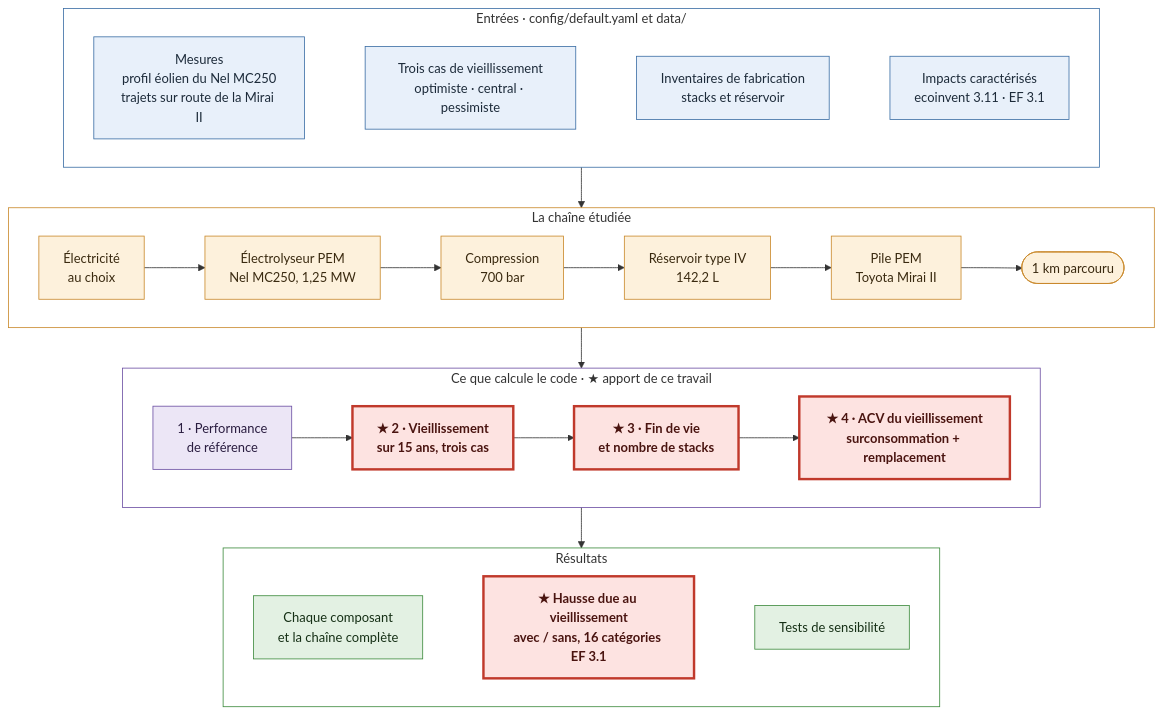
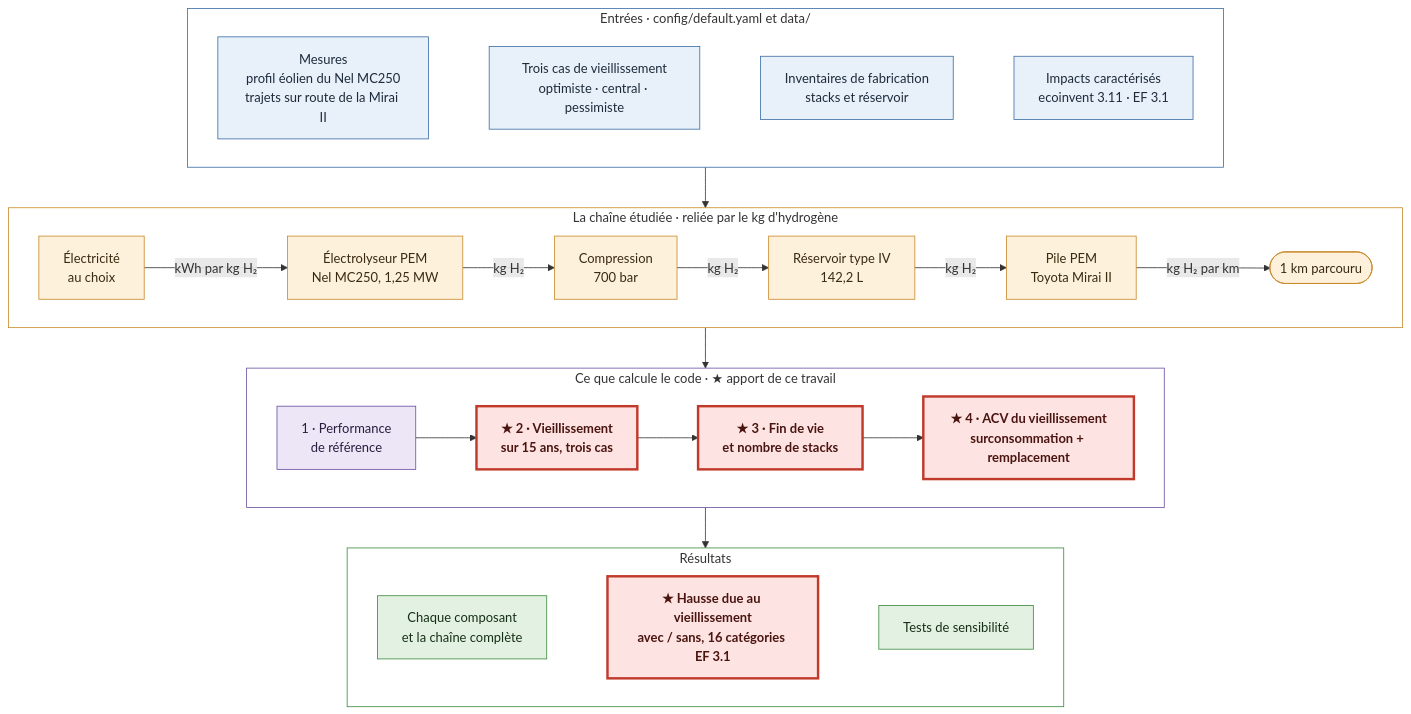
The diagram in README.fr.md (Ayabh12/h2-ageing-lca), drawn with Mermaid before and after one commit. The commit also changed 1 other file, not shown here.

Commit message:
README diagram: the chain is linked by the kg of hydrogen (flows on the arrows) (EN and FR)

````diff
--- a/README.fr.md
+++ b/README.fr.md
@@ -77,46 +77,46 @@
 ```mermaid
 flowchart TB
     subgraph E["Entrées · config/default.yaml et data/"]
         direction LR
         e1["Mesures<br/>profil éolien du Nel MC250<br/>trajets sur route de la Mirai II"]
         e2["Trois cas de vieillissement<br/>optimiste · central · pessimiste"]
         e3["Inventaires de fabrication<br/>stacks et réservoir"]
         e4["Impacts caractérisés<br/>ecoinvent 3.11 · EF 3.1"]
         e1 ~~~ e2 ~~~ e3 ~~~ e4
     end
 
-    subgraph C["La chaîne étudiée"]
+    subgraph C["La chaîne étudiée · reliée par le kg d'hydrogène"]
         direction LR
-        c1["Électricité<br/>au choix"] --> c2["Électrolyseur PEM<br/>Nel MC250, 1,25 MW"] --> c3["Compression<br/>700 bar"] --> c4["Réservoir type IV<br/>142,2 L"] --> c5["Pile PEM<br/>Toyota Mirai II"] --> c6(["1 km parcouru"])
+        c1["Électricité<br/>au choix"] -->|"kWh par kg H₂"| c2["Électrolyseur PEM<br/>Nel MC250, 1,25 MW"] -->|"kg H₂"| c3["Compression<br/>700 bar"] -->|"kg H₂"| c4["Réservoir type IV<br/>142,2 L"] -->|"kg H₂"| c5["Pile PEM<br/>Toyota Mirai II"] -->|"kg H₂ par km"| c6(["1 km parcouru"])
     end
 
     subgraph M["Ce que calcule le code · ★ apport de ce travail"]
         direction LR
         m1["1 · Performance<br/>de référence"] --> m2["★ 2 · Vieillissement<br/>sur 15 ans, trois cas"] --> m3["★ 3 · Fin de vie<br/>et nombre de stacks"] --> m4["★ 4 · ACV du vieillissement<br/>surconsommation + remplacement"]
     end
 
     subgraph R["Résultats"]
         direction LR
         r1["Chaque composant<br/>et la chaîne complète"]
         r2["★ Hausse due au vieillissement<br/>avec / sans, 16 catégories EF 3.1"]
         r3["Tests de sensibilité"]
         r1 ~~~ r2 ~~~ r3
     end
 
     E --> C --> M --> R
 
     classDef inp fill:#e8f0fa,stroke:#3b6ea5,color:#1d2b3a
     classDef chain fill:#fdf1dc,stroke:#c9892b,color:#3a2a10
     classDef code fill:#ece6f6,stroke:#6c4fa3,color:#2a1d40
     classDef res fill:#e3f1e3,stroke:#3d8b3d,color:#163016
     class e1,e2,e3,e4 inp
     class c1,c2,c3,c4,c5,c6 chain
     class m1,m2,m3,m4 code
     class r1,r2,r3 res
     style E fill:#ffffff,stroke:#3b6ea5
     style C fill:#ffffff,stroke:#c9892b
     style M fill:#ffffff,stroke:#6c4fa3
     style R fill:#ffffff,stroke:#3d8b3d
     classDef key fill:#fde3e1,stroke:#c0392b,stroke-width:3px,color:#4a1410,font-weight:bold
     class m2,m3,m4,r2 key
 ```
````
